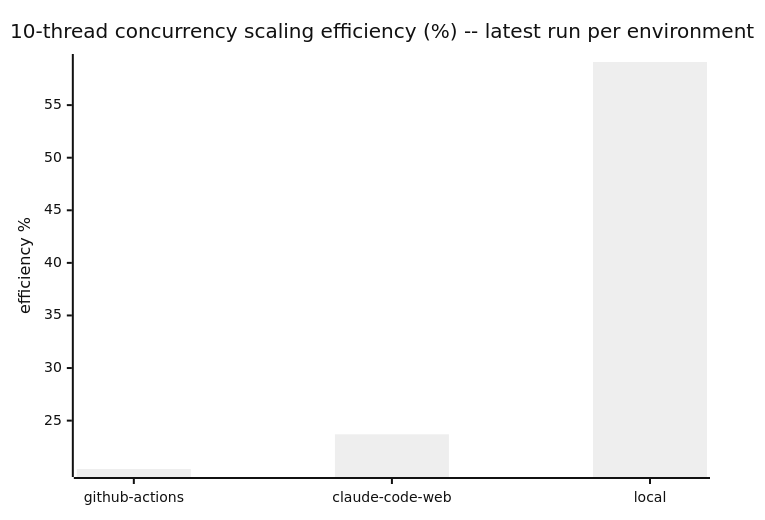
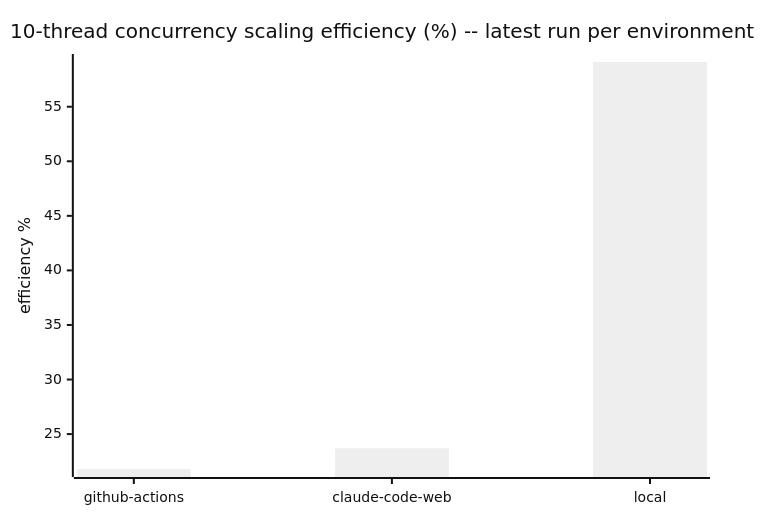
One commit to cpb/duckling changed the fifth of 5 diagrams in docs/benchmarks/README.md. Above: the diagram before and after it, drawn with Mermaid (neutral theme). The commit also changed other lines of this file and 1 other file, not shown here.

````diff
--- a/docs/benchmarks/README.md
+++ b/docs/benchmarks/README.md
@@ -143,7 +143,7 @@
 ```mermaid
 xychart-beta
     title "10-thread concurrency scaling efficiency (%) -- latest run per environment"
     x-axis [github-actions, claude-code-web, local]
     y-axis "efficiency %"
-    bar "efficiency_pct" [20.4, 23.7, 59.1]
+    bar "efficiency_pct" [21.8, 23.7, 59.1]
 ```
````
